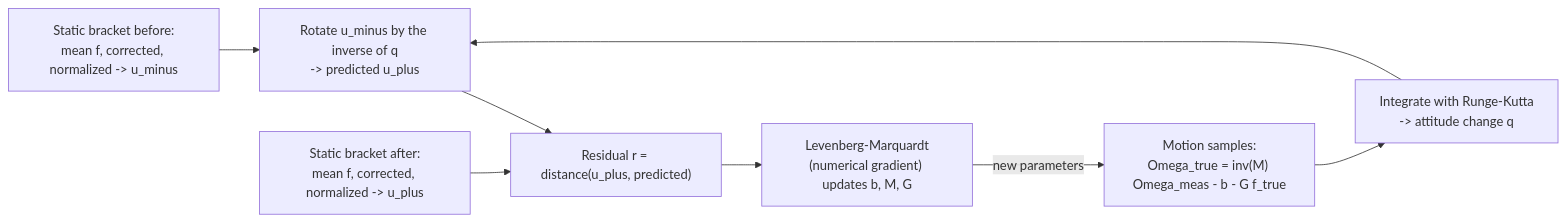
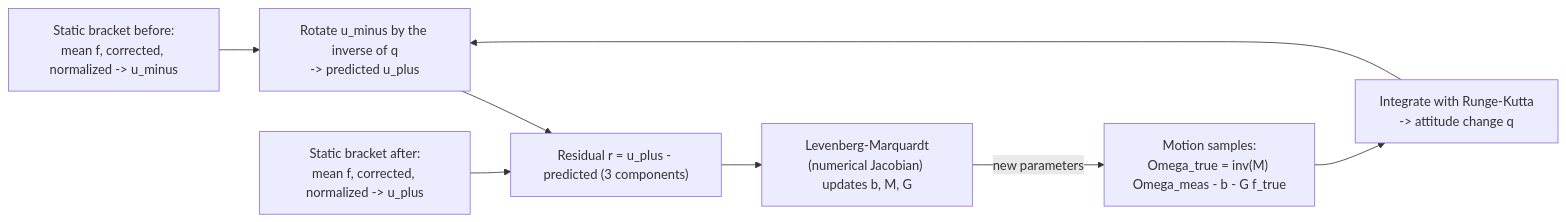
Before and after one commit to albertoirurueta/irurueta-navigation-inertial: the diagram in docs/modules/ROOT/pages/calibration/gyroscope.adoc, drawn with Mermaid. The commit also changed other lines of this file and 160 other files, not shown here.

```diff
--- a/docs/modules/ROOT/pages/calibration/gyroscope.adoc
+++ b/docs/modules/ROOT/pages/calibration/gyroscope.adoc
@@ -326,11 +348,11 @@
 [mermaid]
 ....
 flowchart LR
     S1["Static bracket before:<br/>mean f, corrected, normalized -> u_minus"] --> R["Rotate u_minus by the inverse of q<br/>-> predicted u_plus"]
     M["Motion samples:<br/>Omega_true = inv(M) Omega_meas - b - G f_true"] --> I["Integrate with Runge-Kutta<br/>-> attitude change q"]
     I --> R
-    R --> C["Residual r = distance(u_plus, predicted)"]
+    R --> C["Residual r = u_plus - predicted (3 components)"]
     S2["Static bracket after:<br/>mean f, corrected, normalized -> u_plus"] --> C
-    C --> LM["Levenberg-Marquardt<br/>(numerical gradient) updates b, M, G"]
+    C --> LM["Levenberg-Marquardt<br/>(numerical Jacobian) updates b, M, G"]
     LM -->|"new parameters"| M
 ....
```
